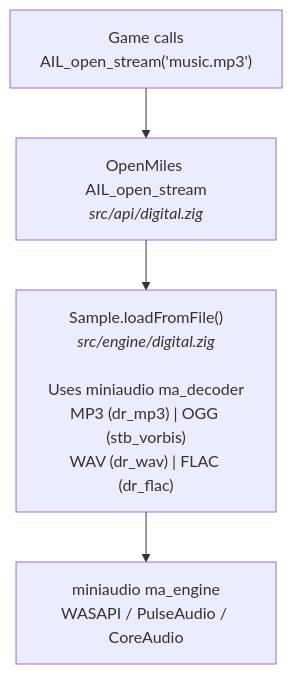
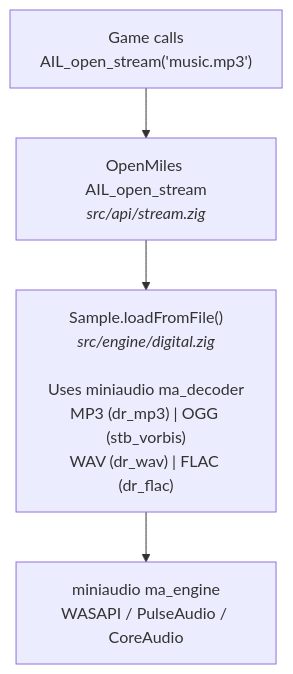
One commit to maci0/openmiles changed the diagram in docs/MSS_PLUGINS.md. Above: the diagram before and after it, drawn with Mermaid. The commit also changed 2 other files, not shown here.

Commit message:
Docs: sync API status and diagram references with refactor
- README.md: Redbook category now describes as 'Emulated (no audio --
  games proceed gracefully)' to match the state-only implementation.
- docs/API_STATUS.md: minor sync-up with the latest implementations.
- docs/MSS_PLUGINS.md: Mermaid diagram points at src/api/stream.zig
  (AIL_open_stream moved there in the refactor).

````diff
--- a/docs/MSS_PLUGINS.md
+++ b/docs/MSS_PLUGINS.md
@@ -144,10 +144,10 @@
 ```mermaid
 graph TD
     A["Game calls<br/>AIL_open_stream('music.mp3')"] --> B
 
-    B["OpenMiles AIL_open_stream<br/><i>src/api/digital.zig</i>"] --> C
+    B["OpenMiles AIL_open_stream<br/><i>src/api/stream.zig</i>"] --> C
 
     C["Sample.loadFromFile()<br/><i>src/engine/digital.zig</i><br/><br/>Uses miniaudio ma_decoder<br/>MP3 (dr_mp3) | OGG (stb_vorbis)<br/>WAV (dr_wav) | FLAC (dr_flac)"] --> D
 
     D["miniaudio ma_engine<br/>WASAPI / PulseAudio / CoreAudio"]
 ```
````
